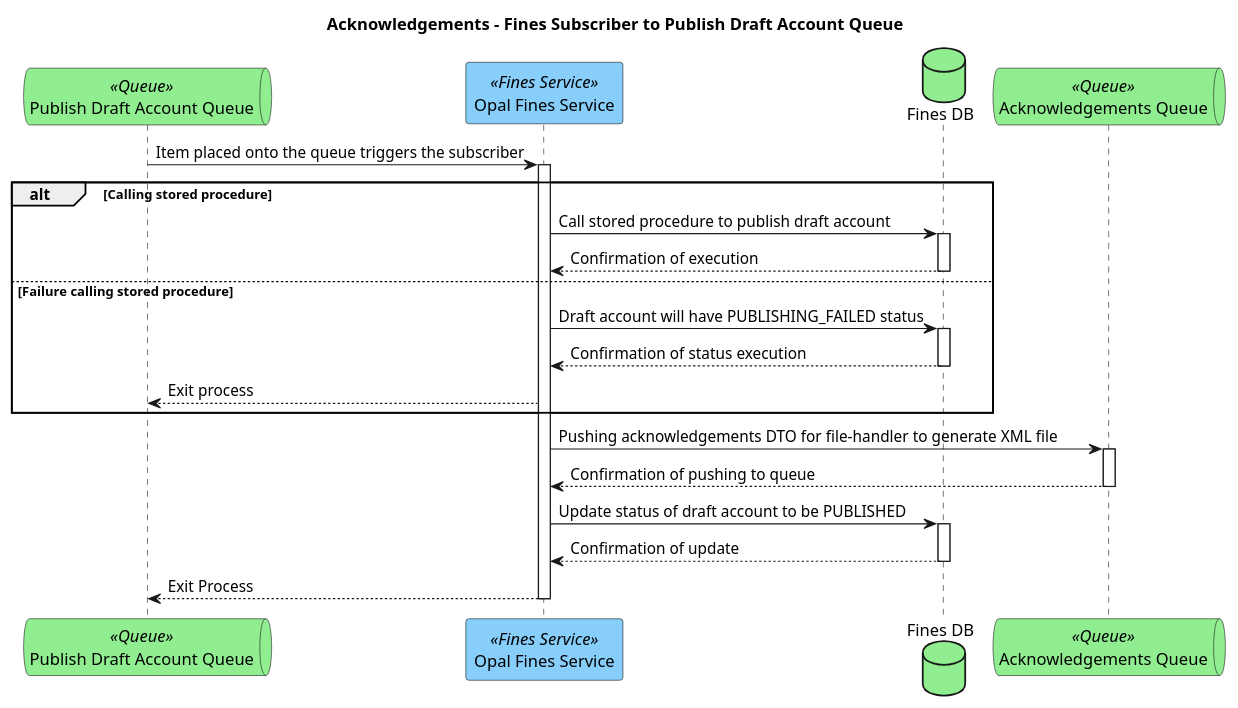
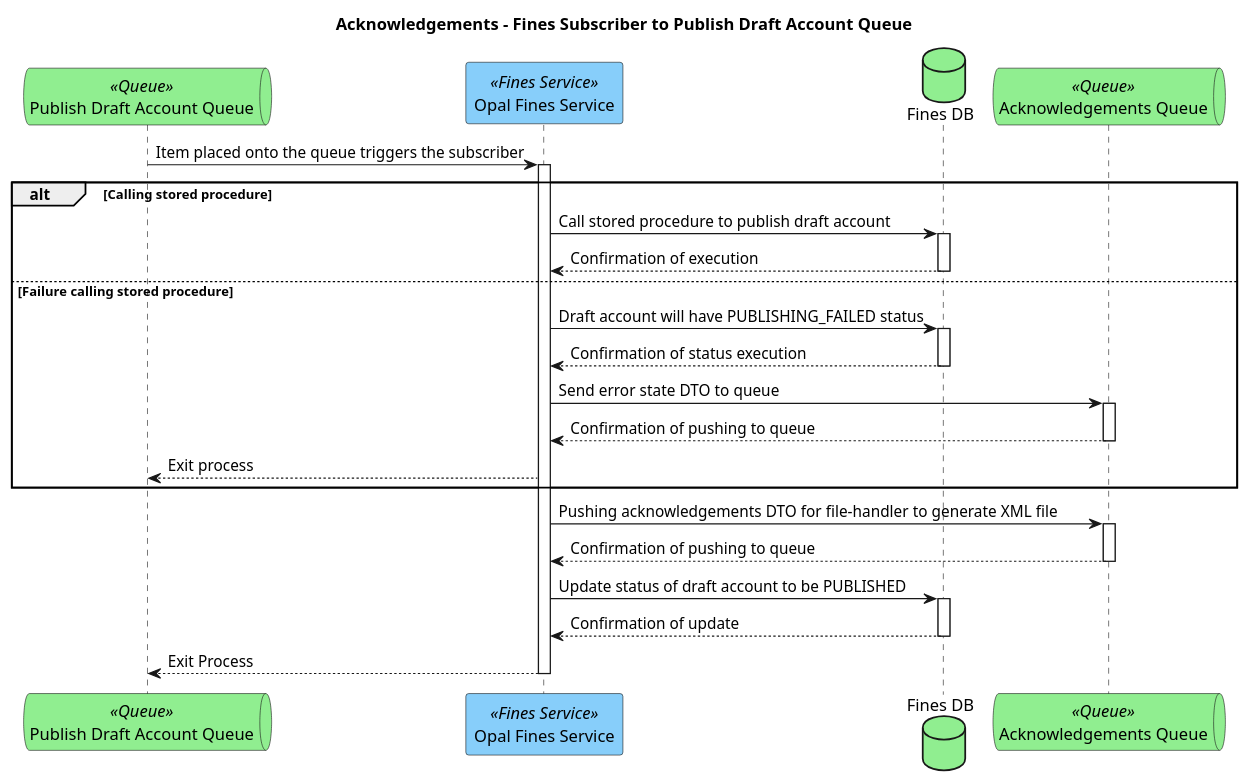
One commit to hmcts/opal-docs changed the diagram in plantUML/external-interfaces/acknowledgements-fines-sub.puml. Above: the diagram before and after it, drawn with PlantUML. The commit also changed 1 other file, not shown here.

Commit message:
Updating E2Es on ack queue to handle the 2 DTOs for success and failure

```diff
--- a/plantUML/external-interfaces/acknowledgements-fines-sub.puml
+++ b/plantUML/external-interfaces/acknowledgements-fines-sub.puml
@@ -1,22 +1,24 @@
 @startuml
 title Acknowledgements - Fines Subscriber to Publish Draft Account Queue
 queue "Publish Draft Account Queue" as publishDraftAccountQueue <<Queue>> #lightgreen
 participant "Opal Fines Service" as finesService <<Fines Service>> #lightskyblue
 database "Fines DB" as finesDb #lightgreen
 queue "Acknowledgements Queue" as acknowledgementsQueue <<Queue>> #lightgreen
 
 publishDraftAccountQueue -> finesService ++ : Item placed onto the queue triggers the subscriber
 alt Calling stored procedure
     finesService -> finesDb ++ : Call stored procedure to publish draft account
     finesDb --> finesService -- : Confirmation of execution
 else Failure calling stored procedure
     finesService -> finesDb ++ : Draft account will have PUBLISHING_FAILED status
     finesDb --> finesService -- : Confirmation of status execution
+    finesService -> acknowledgementsQueue ++ : Send error state DTO to queue
+    acknowledgementsQueue --> finesService -- : Confirmation of pushing to queue
     finesService --> publishDraftAccountQueue : Exit process
 end
 finesService -> acknowledgementsQueue ++ : Pushing acknowledgements DTO for file-handler to generate XML file
 acknowledgementsQueue --> finesService -- : Confirmation of pushing to queue
 finesService -> finesDb ++ : Update status of draft account to be PUBLISHED
 finesDb --> finesService -- : Confirmation of update
 finesService --> publishDraftAccountQueue -- : Exit Process
 @enduml
```
